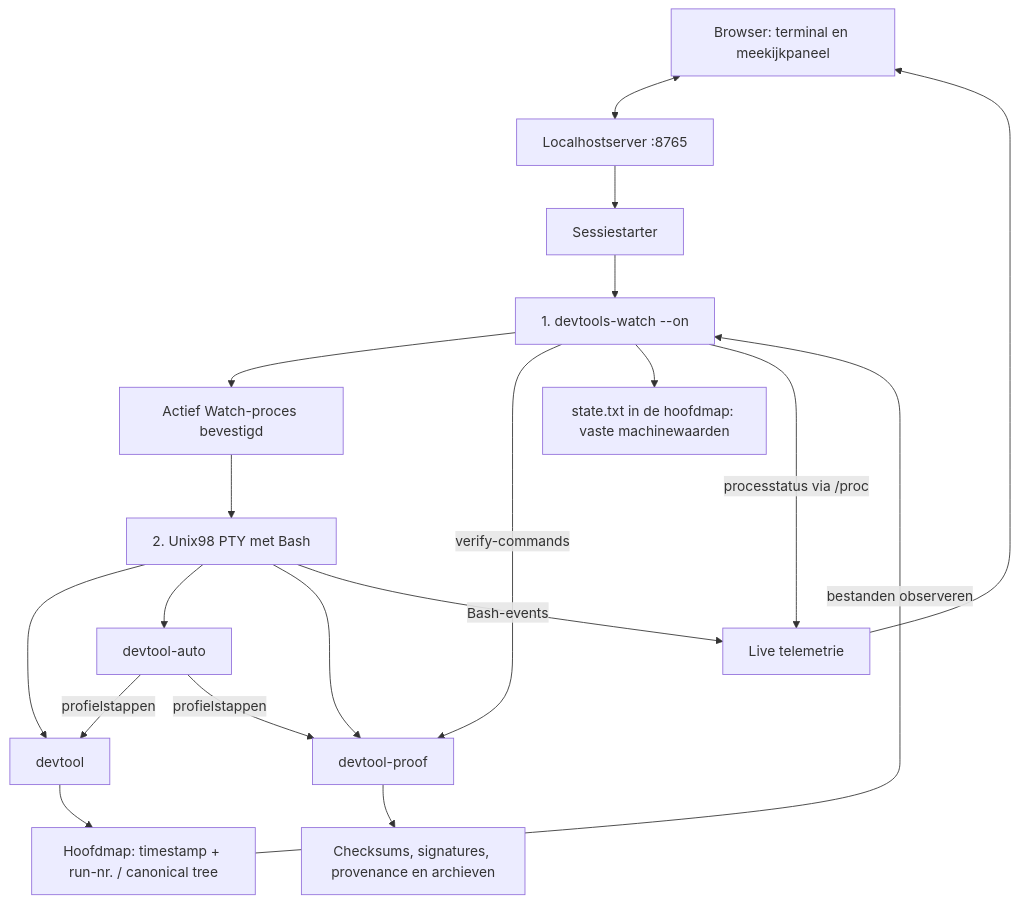
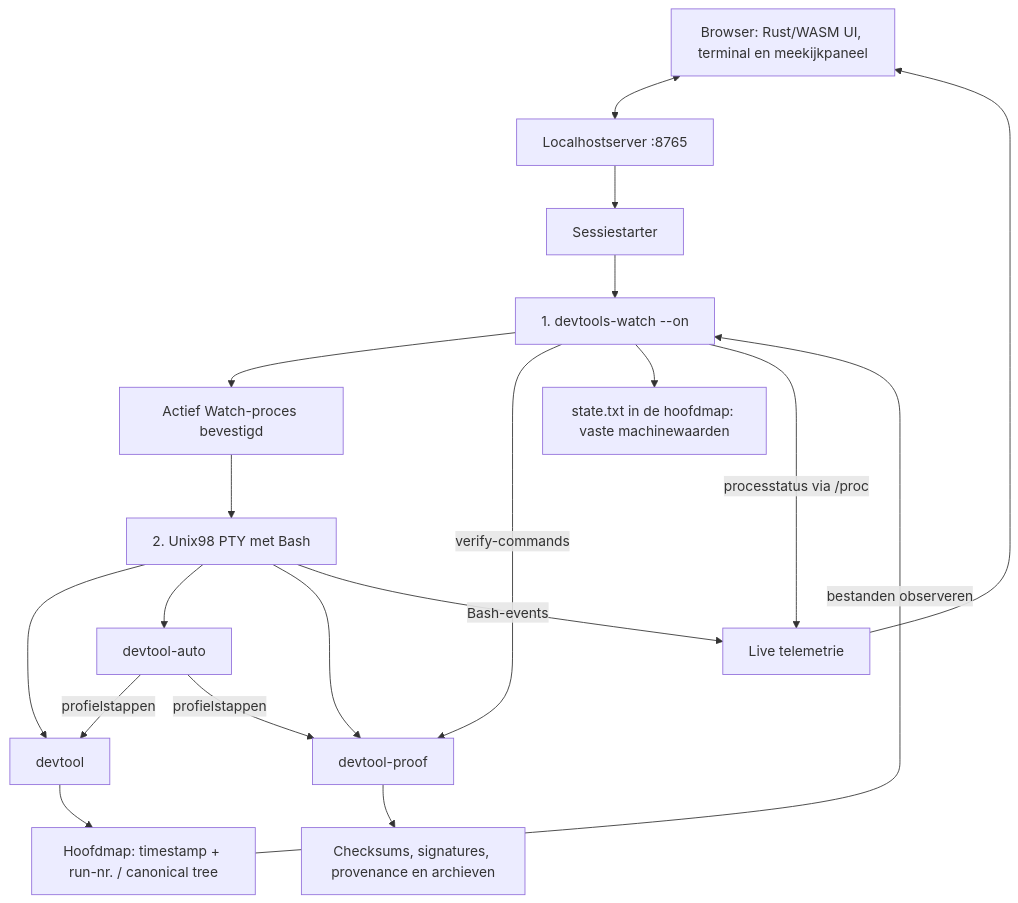
Before and after one commit to Dosa42/Devtools: the diagram in README.md, drawn with Mermaid. The commit also changed other lines of this file and 29 other files, not shown here.

Commit message:
Compile the terminal workbench UI from Rust to WebAssembly using the source-built toolchain

````diff
--- a/README.md
+++ b/README.md
@@ -18,21 +18,21 @@
 ```mermaid
 flowchart TD
-    UI["Browser: terminal en meekijkpaneel"] <--> API["Localhostserver :8765"]
+    UI["Browser: Rust/WASM UI, terminal en meekijkpaneel"] <--> API["Localhostserver :8765"]
     API --> START["Sessiestarter"]
     START --> WATCH["1. devtools-watch --on"]
     WATCH --> READY["Actief Watch-proces bevestigd"]
     READY --> PTY["2. Unix98 PTY met Bash"]
     PTY --> CORE["devtool"]
     PTY --> AUTO["devtool-auto"]
     PTY --> PROOF["devtool-proof"]
     AUTO -->|profielstappen| CORE
     AUTO -->|profielstappen| PROOF
     CORE --> ROOT["Hoofdmap: timestamp + run-nr. / canonical tree"]
     PROOF --> EVIDENCE["Checksums, signatures, provenance en archieven"]
     ROOT -->|bestanden observeren| WATCH
     WATCH -->|verify-commands| PROOF
     WATCH --> STATE["state.txt in de hoofdmap: vaste machinewaarden"]
     PTY -->|Bash-events| TELEMETRY["Live telemetrie"]
     WATCH -->|processtatus via /proc| TELEMETRY
     TELEMETRY --> UI
 ```
````
